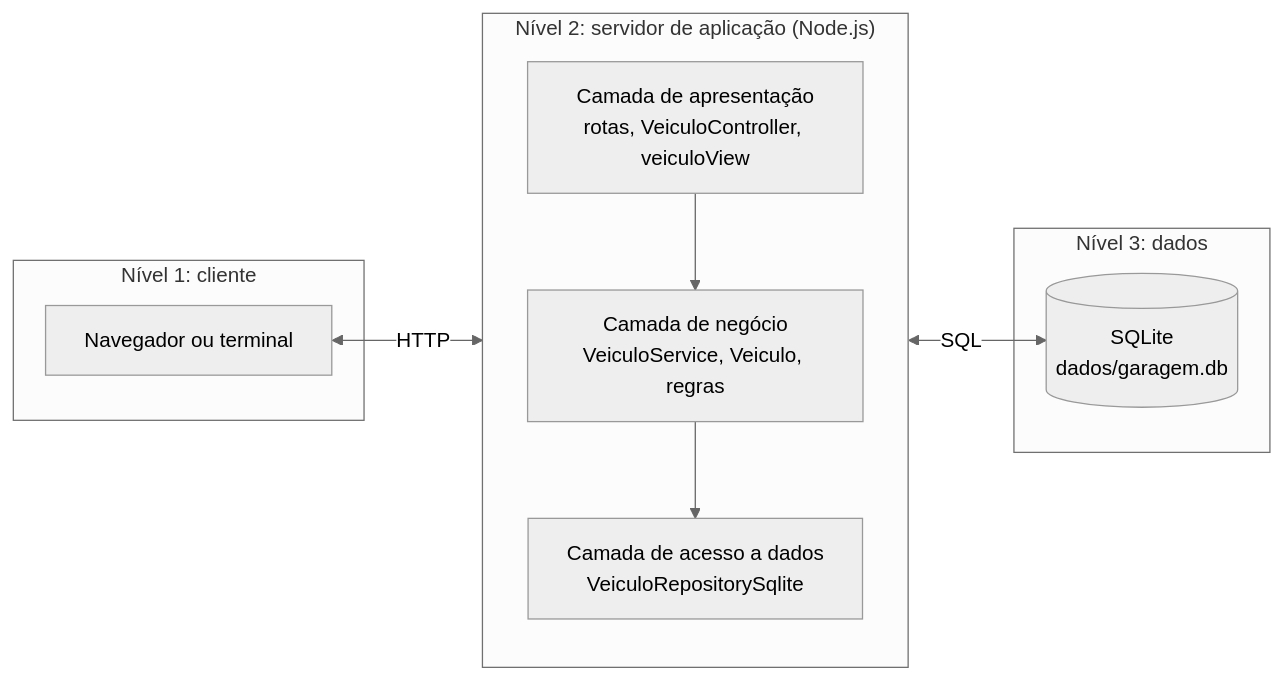
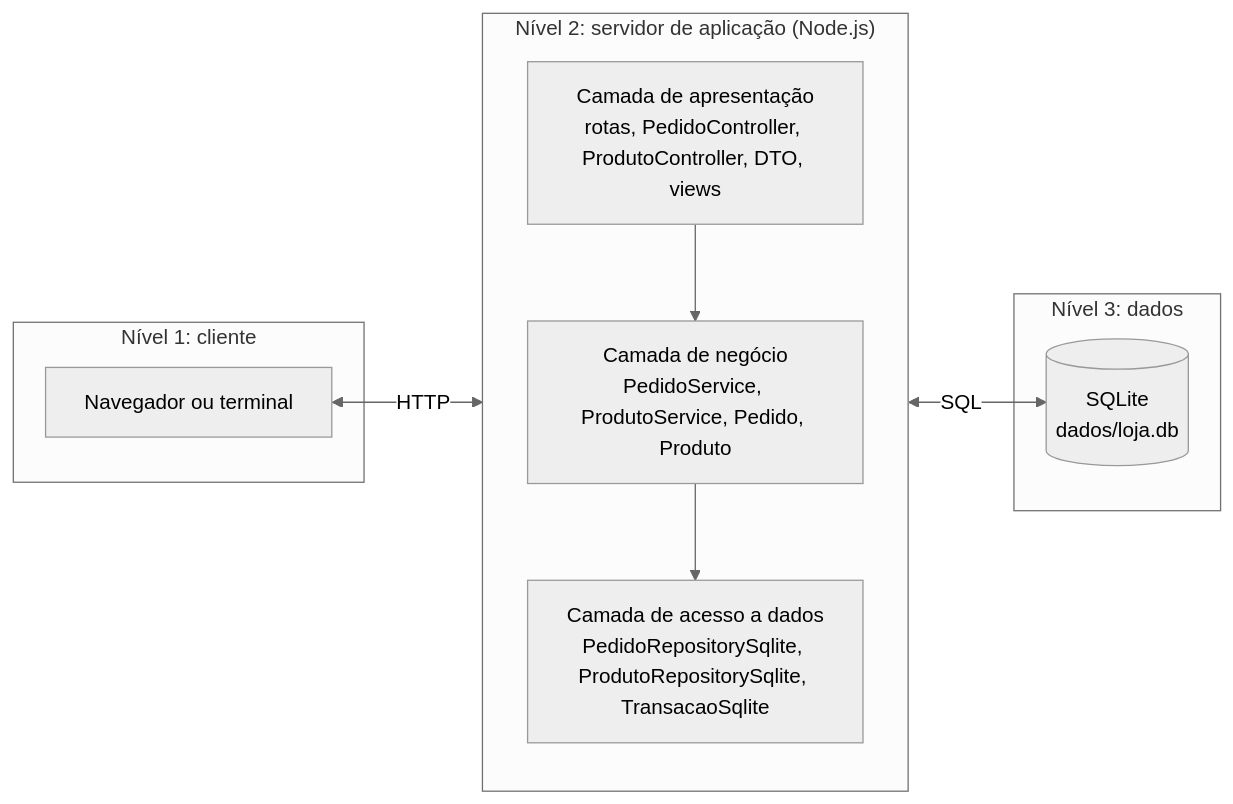
Before and after one commit to LcAllmeida/arquiteturaN3: the second of 5 diagrams in docs/diagramas/README.md, drawn with Mermaid (neutral theme). The commit also changed other lines of this file and 36 other files, not shown here.

````diff
--- a/docs/diagramas/README.md
+++ b/docs/diagramas/README.md
@@ -32,18 +32,18 @@
 ```mermaid
 flowchart LR
     subgraph N1["Nível 1: cliente"]
         C["Navegador ou terminal"]
     end
     subgraph N2["Nível 2: servidor de aplicação (Node.js)"]
         direction TB
-        A["Camada de apresentação<br/>rotas, VeiculoController, veiculoView"]
-        B["Camada de negócio<br/>VeiculoService, Veiculo, regras"]
-        D["Camada de acesso a dados<br/>VeiculoRepositorySqlite"]
+        A["Camada de apresentação<br/>rotas, PedidoController, ProdutoController, DTO, views"]
+        B["Camada de negócio<br/>PedidoService, ProdutoService, Pedido, Produto"]
+        D["Camada de acesso a dados<br/>PedidoRepositorySqlite, ProdutoRepositorySqlite, TransacaoSqlite"]
         A --> B --> D
     end
     subgraph N3["Nível 3: dados"]
-        DB[("SQLite<br/>dados/garagem.db")]
+        DB[("SQLite<br/>dados/loja.db")]
     end
     C <-- "HTTP" --> A
     D <-- "SQL" --> DB
 ```
````
